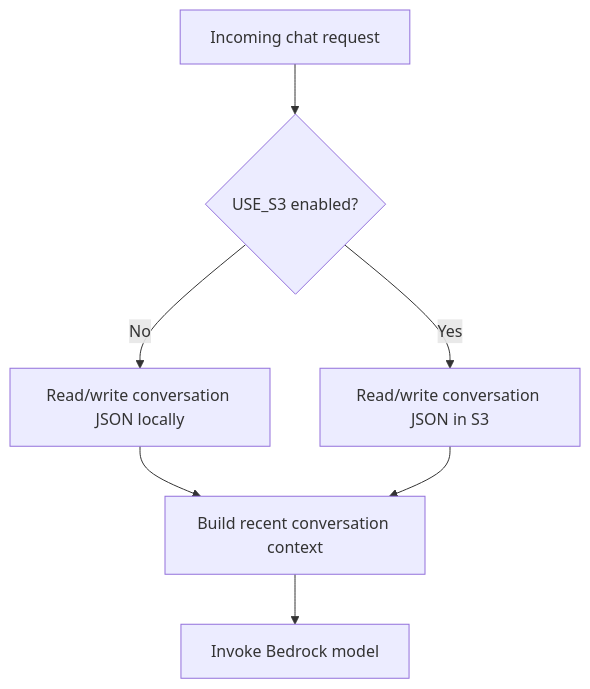
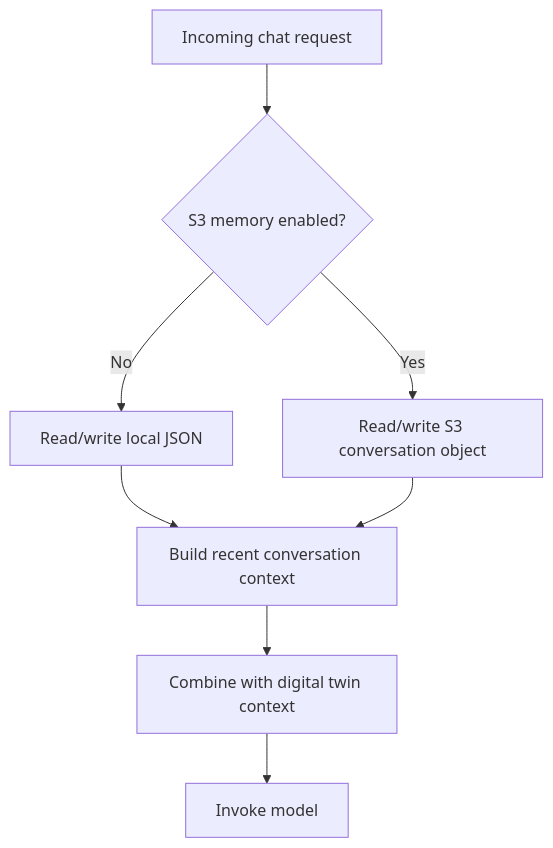
One commit to bkane56/twin changed the fourth of 4 diagrams in README.md. Above: the diagram before and after it, drawn with Mermaid. The commit also changed other lines of this file and 1 other file, not shown here.

````diff
--- a/README.md
+++ b/README.md
@@ -180,9 +122,10 @@
 ```mermaid
 flowchart TD
-    Chat[Incoming chat request] --> Mode{USE_S3 enabled?}
-    Mode -- No --> Local[Read/write conversation JSON locally]
-    Mode -- Yes --> S3[Read/write conversation JSON in S3]
-    Local --> Context[Build recent conversation context]
-    S3 --> Context
-    Context --> Model[Invoke Bedrock model]
+    Request[Incoming chat request] --> Mode{S3 memory enabled?}
+    Mode -- No --> Local[Read/write local JSON]
+    Mode -- Yes --> Bucket[Read/write S3 conversation object]
+    Local --> Recent[Build recent conversation context]
+    Bucket --> Recent
+    Recent --> Prompt[Combine with digital twin context]
+    Prompt --> Model[Invoke model]
 ```
````
